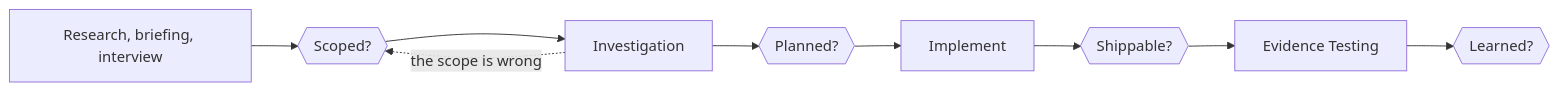
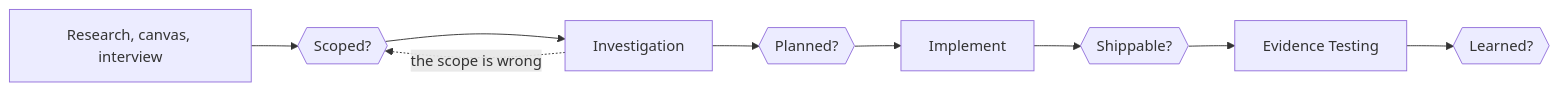
The second of 2 diagrams in README.md (alexradunet/forge-engineering), drawn with Mermaid before and after one commit. The commit also changed other lines of this file and 60 other files, not shown here.

````diff
--- a/README.md
+++ b/README.md
@@ -184,6 +185,6 @@
 ```mermaid
 flowchart LR
-  R[Research, briefing, interview] --> S{{Scoped?}} --> I[Investigation] --> P{{Planned?}}
+  R[Research, canvas, interview] --> S{{Scoped?}} --> I[Investigation] --> P{{Planned?}}
   P --> C[Implement] --> SH{{Shippable?}} --> E[Evidence Testing] --> L{{Learned?}}
   I -. the scope is wrong .-> S
 ```
````
